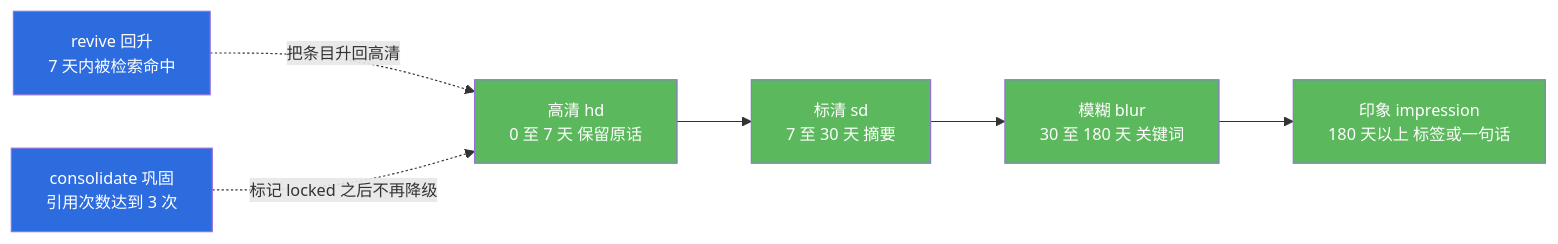
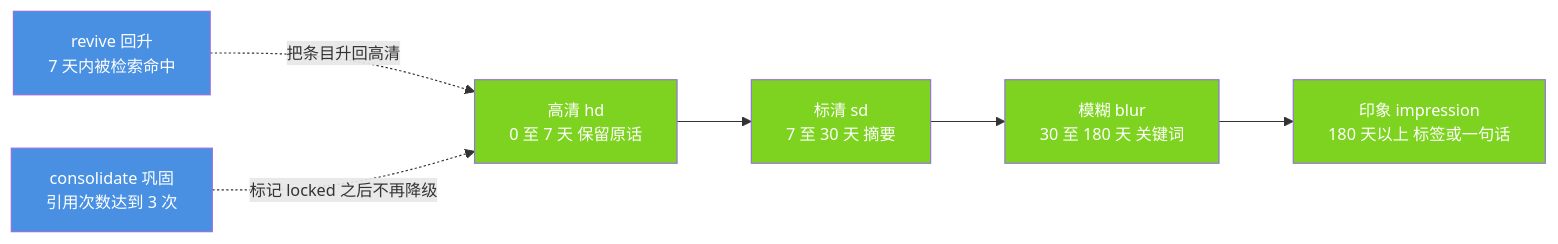
One commit to jiangchuangege/xiaojiao-harnees changed the second of 5 diagrams in docs/modules/03-memory-depth.md. Above: the diagram before and after it, drawn with Mermaid. The commit also changed other lines of this file and 32 other files, not shown here.

Commit message:
统一：全仓原理图配色到一套调色板 + 给 12 张灰图补色 + 修正自己会睡那张过期图

````diff
--- a/docs/modules/03-memory-depth.md
+++ b/docs/modules/03-memory-depth.md
@@ -174,16 +174,16 @@
 ```mermaid
 %%{init: {"themeVariables": {"fontSize": "14px"}, "flowchart": {"htmlLabels": true, "wrappingWidth": 340, "nodeSpacing": 46, "rankSpacing": 64, "useMaxWidth": true}}}%%
 flowchart LR
     HD["高清 hd<br/>0 至 7 天 保留原话"] --> SD["标清 sd<br/>7 至 30 天 摘要"]
     SD --> BL["模糊 blur<br/>30 至 180 天 关键词"]
     BL --> IM["印象 impression<br/>180 天以上 标签或一句话"]
     RV["revive 回升<br/>7 天内被检索命中"] -.->|"把条目升回高清"| HD
     CS["consolidate 巩固<br/>引用次数达到 3 次"] -.->|"标记 locked 之后不再降级"| HD
 
-    style HD fill:#5cb85c,color:#fff
-    style SD fill:#5cb85c,color:#fff
-    style BL fill:#5cb85c,color:#fff
-    style IM fill:#5cb85c,color:#fff
-    style RV fill:#2d6cdf,color:#fff
-    style CS fill:#2d6cdf,color:#fff
+    style HD fill:#7ED321,color:#fff
+    style SD fill:#7ED321,color:#fff
+    style BL fill:#7ED321,color:#fff
+    style IM fill:#7ED321,color:#fff
+    style RV fill:#4A90E2,color:#fff
+    style CS fill:#4A90E2,color:#fff
 ```
````
